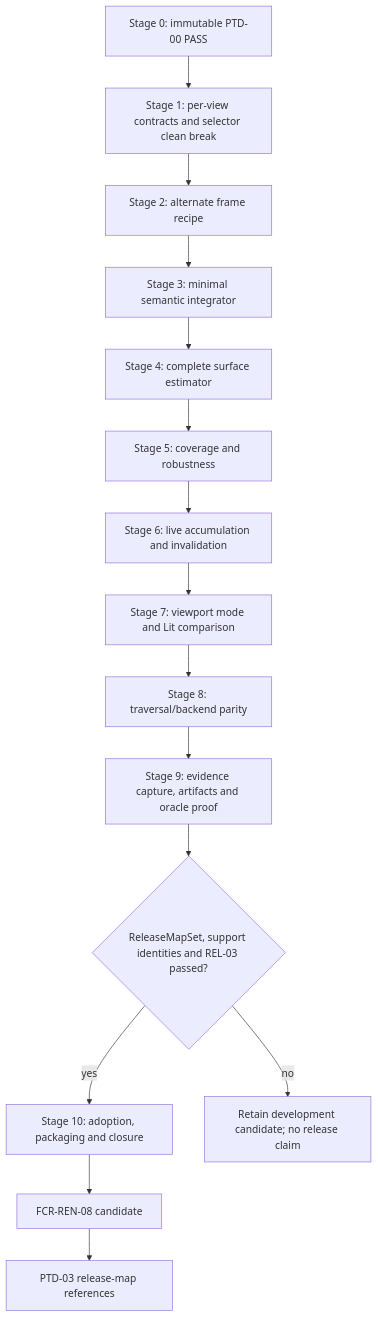
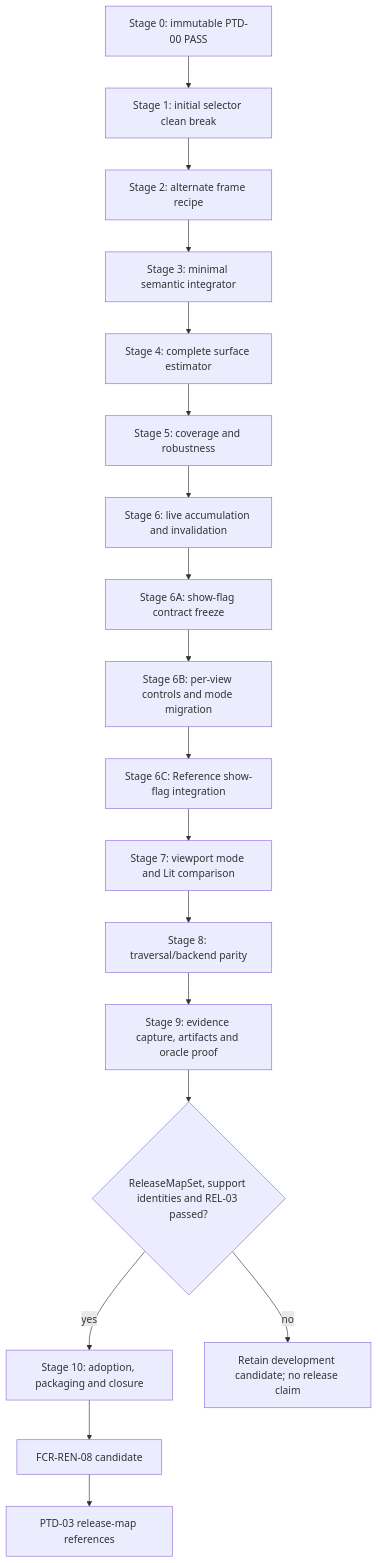
Before and after one commit to stoleckipawel/SparkleEngine: the diagram in Docs/Architecture/Modules/Engine/Renderer/Features/Lighting/ReferencePathTracer/Plan.md, drawn with Mermaid. The commit also changed other lines of this file and 39 other files, not shown here.

````diff
--- a/Docs/Architecture/Modules/Engine/Renderer/Features/Lighting/ReferencePathTracer/Plan.md
+++ b/Docs/Architecture/Modules/Engine/Renderer/Features/Lighting/ReferencePathTracer/Plan.md
@@ -69,17 +69,20 @@
 ```mermaid
 flowchart TD
-    D0[Stage 0: immutable PTD-00 PASS] --> C1[Stage 1: per-view contracts and selector clean break]
+    D0[Stage 0: immutable PTD-00 PASS] --> C1[Stage 1: initial selector clean break]
     C1 --> I2[Stage 2: alternate frame recipe]
     I2 --> I3[Stage 3: minimal semantic integrator]
     I3 --> I4[Stage 4: complete surface estimator]
     I4 --> I5[Stage 5: coverage and robustness]
     I5 --> I6[Stage 6: live accumulation and invalidation]
-    I6 --> I7[Stage 7: viewport mode and Lit comparison]
+    I6 --> A6[Stage 6A: show-flag contract freeze]
+    A6 --> B6[Stage 6B: per-view controls and mode migration]
+    B6 --> C6[Stage 6C: Reference show-flag integration]
+    C6 --> I7[Stage 7: viewport mode and Lit comparison]
     I7 --> I8[Stage 8: traversal/backend parity]
     I8 --> I9[Stage 9: evidence capture, artifacts and oracle proof]
     I9 --> R3{ReleaseMapSet, support identities and REL-03 passed?}
     R3 -->|yes| I10[Stage 10: adoption, packaging and closure]
     R3 -->|no| Hold[Retain development candidate; no release claim]
     I10 --> FCR[FCR-REN-08 candidate]
     FCR --> PTD3[PTD-03 release-map references]
 ```
````
